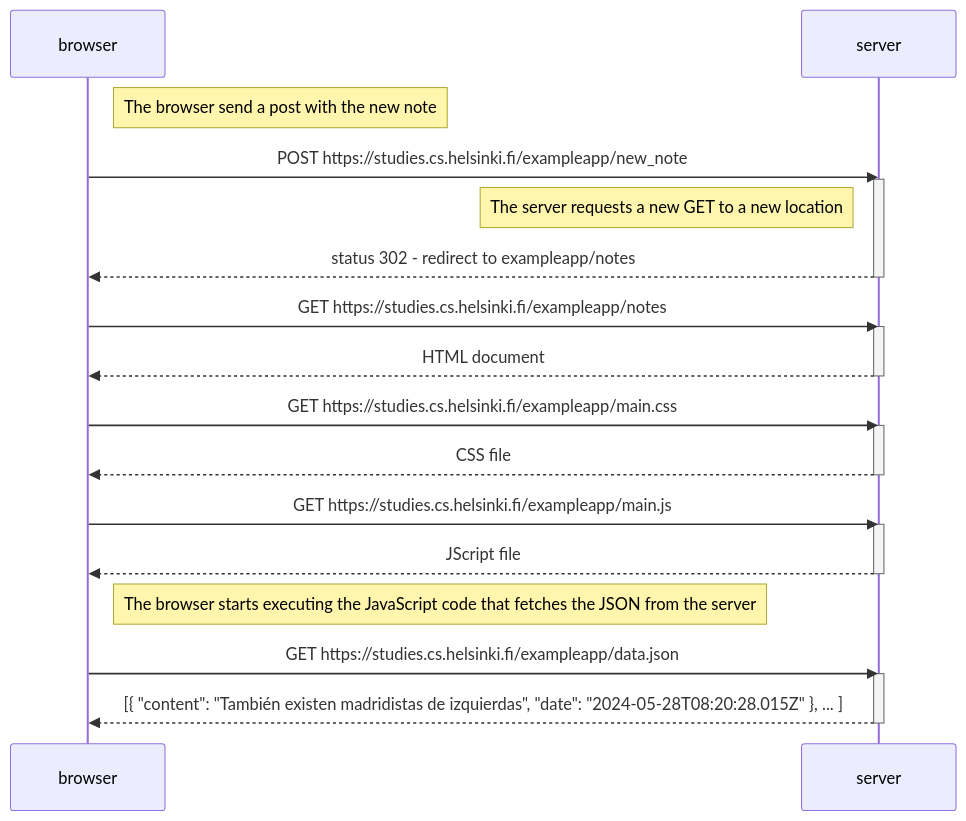
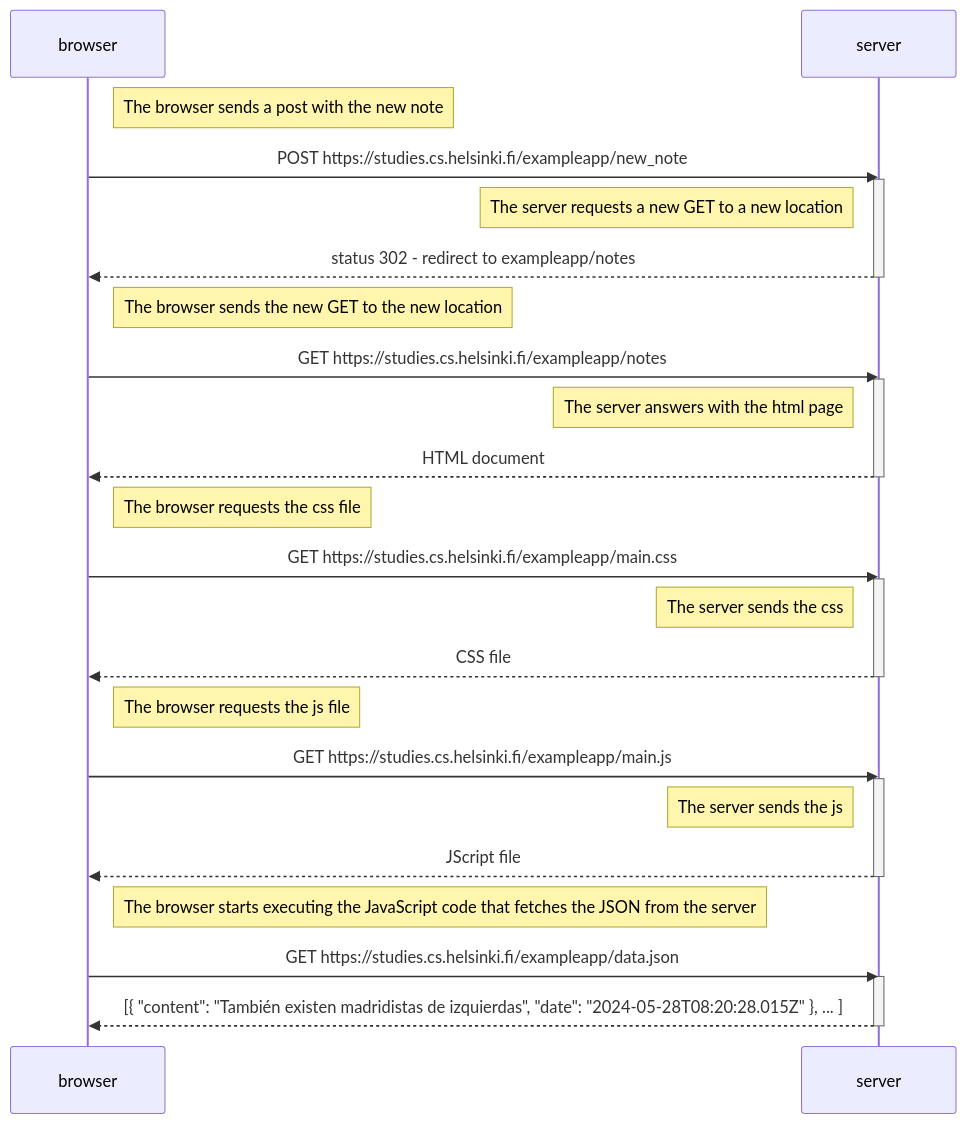
One commit to leandro68/hello-git changed the diagram in README.mmd. Above: the diagram before and after it, drawn with Mermaid.

```diff
--- a/README.mmd
+++ b/README.mmd
@@ -1,36 +1,50 @@
 sequenceDiagram
     participant browser
     participant server
 
-    Note right of browser: The browser send a post with the new note
+    Note right of browser: The browser sends a post with the new note
 
     browser->>server: POST https://studies.cs.helsinki.fi/exampleapp/new_note
     activate server
     
     Note left of server: The server requests a new GET to a new location
+    
     server-->>browser: status 302 - redirect to exampleapp/notes
     deactivate server
 
-     
+    Note right of browser: The browser sends the new GET to the new location
 
     browser->>server: GET https://studies.cs.helsinki.fi/exampleapp/notes
     activate server
+
+    Note left of server: The server answers with the html page 
+
     server-->>browser: HTML document
     deactivate server
 
+    Note right of browser: The browser requests the css file
+
     browser->>server: GET https://studies.cs.helsinki.fi/exampleapp/main.css
     activate server
+    
+    Note left of server: The server sends the css
+    
     server-->>browser: CSS file
     deactivate server
 
+    Note right of browser: The browser requests the js file
+
     browser->>server: GET https://studies.cs.helsinki.fi/exampleapp/main.js
     activate server
+    
+    Note left of server: The server sends the js
+
     server-->>browser: JScript file
     deactivate server
 
     Note right of browser: The browser starts executing the JavaScript code that fetches the JSON from the server
     
     browser->>server: GET https://studies.cs.helsinki.fi/exampleapp/data.json
     activate server
     server-->>browser: [{ "content": "También existen madridistas de izquierdas", "date": "2024-05-28T08:20:28.015Z" }, ... ]
     deactivate server
```
